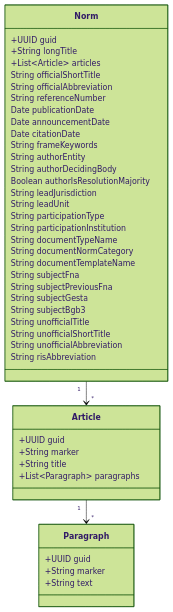
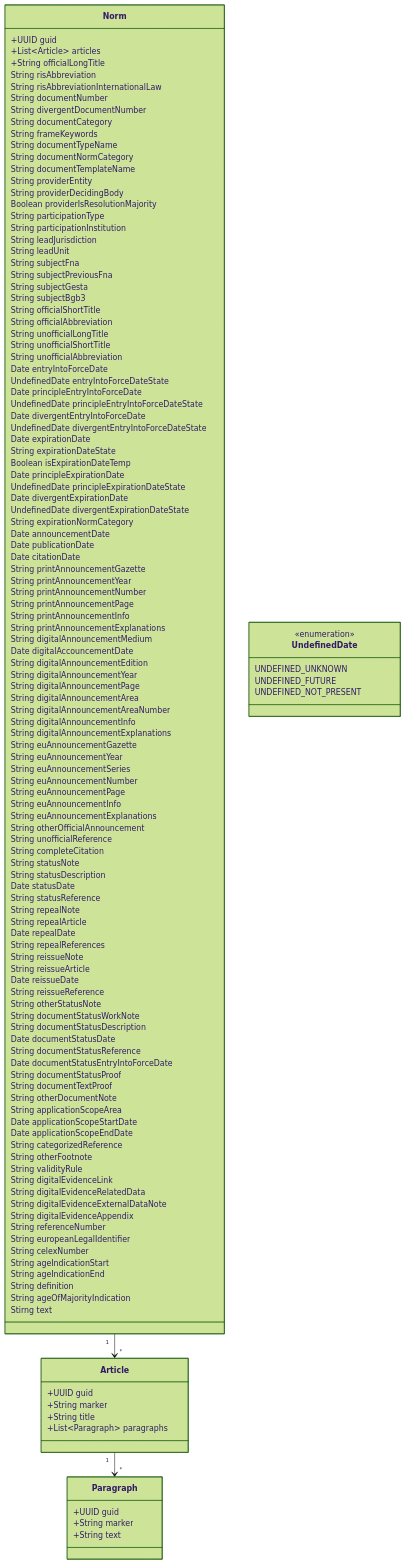
The diagram in doc/norms/domain-model.md (digitalservicebund/ris-backend-service), drawn with Mermaid (forest theme) before and after one commit. The commit also changed 47 other files, not shown here.

````diff
--- a/doc/norms/domain-model.md
+++ b/doc/norms/domain-model.md
@@ -4,33 +4,142 @@
 classDiagram
   class Norm {
     +UUID guid
-    +String longTitle
     +List~Article~ articles
-    String officialShortTitle
-    String officialAbbreviation
-    String referenceNumber
-    Date publicationDate
-    Date announcementDate
-    Date citationDate
+
+    +String officialLongTitle
+    String risAbbreviation
+    String risAbbreviationInternationalLaw
+    String documentNumber
+    String divergentDocumentNumber
+    String documentCategory
     String frameKeywords
-    String authorEntity
-    String authorDecidingBody
-    Boolean authorIsResolutionMajority
-    String leadJurisdiction
-    String leadUnit
-    String participationType
-    String participationInstitution
+
     String documentTypeName
     String documentNormCategory
     String documentTemplateName
+
+    String providerEntity
+    String providerDecidingBody
+    Boolean providerIsResolutionMajority
+
+    String participationType
+    String participationInstitution
+
+    String leadJurisdiction
+    String leadUnit
+
     String subjectFna
     String subjectPreviousFna
     String subjectGesta
     String subjectBgb3
-    String unofficialTitle
+
+    String officialShortTitle
+    String officialAbbreviation
+    String unofficialLongTitle
     String unofficialShortTitle
     String unofficialAbbreviation
-    String risAbbreviation
+
+    Date entryIntoForceDate
+    UndefinedDate entryIntoForceDateState
+    Date principleEntryIntoForceDate
+    UndefinedDate principleEntryIntoForceDateState
+    Date divergentEntryIntoForceDate
+    UndefinedDate divergentEntryIntoForceDateState
+
+    Date expirationDate
+    String expirationDateState
+    Boolean isExpirationDateTemp
+    Date principleExpirationDate
+    UndefinedDate principleExpirationDateState
+    Date divergentExpirationDate
+    UndefinedDate divergentExpirationDateState
+    String expirationNormCategory
+
+    Date announcementDate
+    Date publicationDate
+
+    Date citationDate
+
+    String printAnnouncementGazette
+    String printAnnouncementYear
+    String printAnnouncementNumber
+    String printAnnouncementPage
+    String printAnnouncementInfo
+    String printAnnouncementExplanations
+    String digitalAnnouncementMedium
+    Date digitalAccouncementDate
+    String digitalAnnouncementEdition
+    String digitalAnnouncementYear
+    String digitalAnnouncementPage
+    String digitalAnnouncementArea
+    String digitalAnnouncementAreaNumber
+    String digitalAnnouncementInfo
+    String digitalAnnouncementExplanations
+    String euAnnouncementGazette
+    String euAnnouncementYear
+    String euAnnouncementSeries
+    String euAnnouncementNumber
+    String euAnnouncementPage
+    String euAnnouncementInfo
+    String euAnnouncementExplanations
+    String otherOfficialAnnouncement
+
+    String unofficialReference
+
+    String completeCitation
+
+    String statusNote
+    String statusDescription
+    Date statusDate
+    String statusReference
+    String repealNote
+    String repealArticle
+    Date repealDate
+    String repealReferences
+    String reissueNote
+    String reissueArticle
+    Date reissueDate
+    String reissueReference
+    String otherStatusNote
+
+    String documentStatusWorkNote
+    String documentStatusDescription
+    Date documentStatusDate
+    String documentStatusReference
+    Date documentStatusEntryIntoForceDate
+    String documentStatusProof
+    String documentTextProof
+    String otherDocumentNote
+
+    String applicationScopeArea
+    Date applicationScopeStartDate
+    Date applicationScopeEndDate
+
+    String categorizedReference
+
+    String otherFootnote
+
+    String validityRule
+
+    String digitalEvidenceLink
+    String digitalEvidenceRelatedData
+    String digitalEvidenceExternalDataNote
+    String digitalEvidenceAppendix
+
+    String referenceNumber
+
+    String europeanLegalIdentifier
+
+    String celexNumber
+
+    String ageIndicationStart
+    String ageIndicationEnd
+
+    String definition
+
+    String ageOfMajorityIndication
+
+    Stirng text
   }
 
   class Article {
@@ -46,6 +155,14 @@
     +String text
   }
 
+
+  class UndefinedDate  {
+     <<enumeration>>
+    UNDEFINED_UNKNOWN
+    UNDEFINED_FUTURE
+    UNDEFINED_NOT_PRESENT
+  }
+
   Norm "1" --> "*" Article
   Article "1" --> "*" Paragraph
 ```
````
